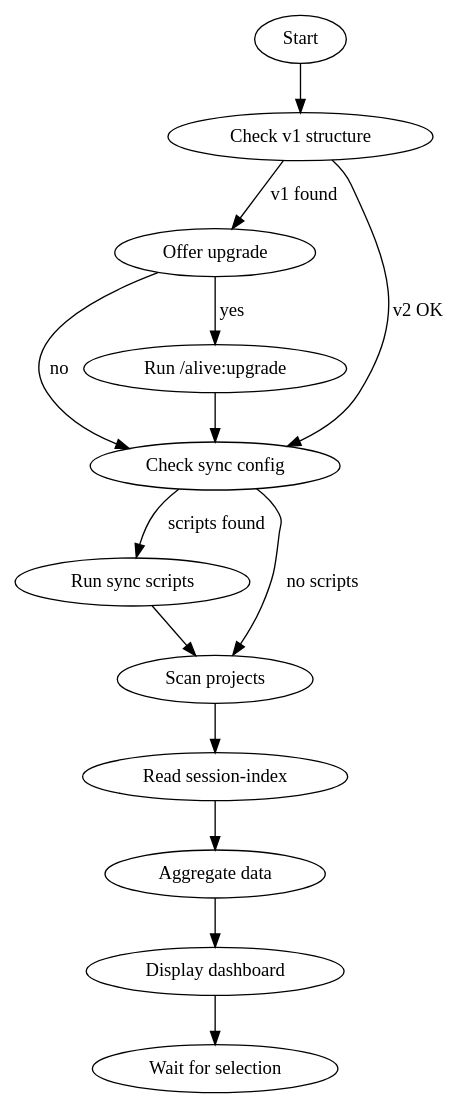
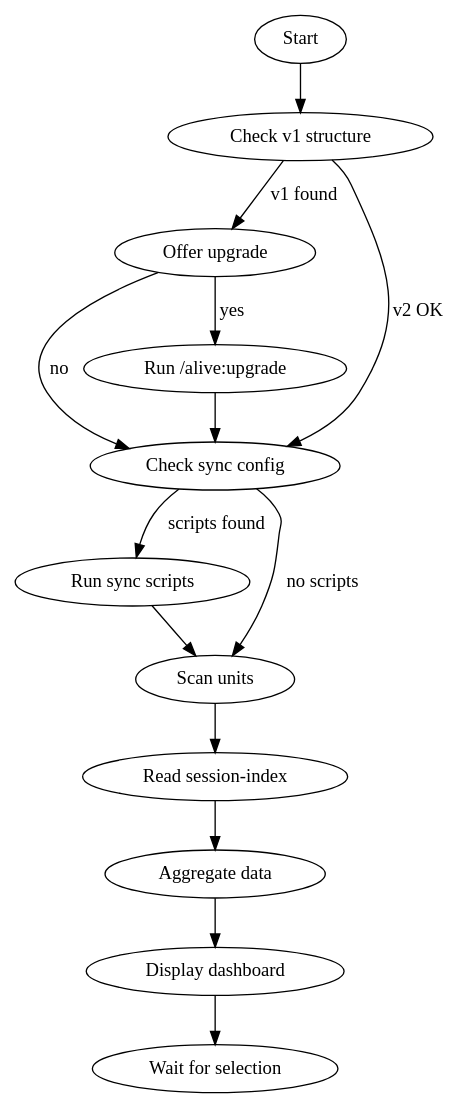
One commit to benslockedin/aliveskills changed the diagram in skills/daily/SKILL.md. Above: the diagram before and after it, drawn with Graphviz. The commit also changed other lines of this file and 35 other files, not shown here.

````diff
--- a/skills/daily/SKILL.md
+++ b/skills/daily/SKILL.md
@@ -100,17 +91,17 @@
 ```dot
 digraph daily_flow {
     "Start" -> "Check v1 structure";
     "Check v1 structure" -> "Offer upgrade" [label="v1 found"];
     "Check v1 structure" -> "Check sync config" [label="v2 OK"];
     "Offer upgrade" -> "Run /alive:upgrade" [label="yes"];
     "Offer upgrade" -> "Check sync config" [label="no"];
     "Run /alive:upgrade" -> "Check sync config";
     "Check sync config" -> "Run sync scripts" [label="scripts found"];
-    "Check sync config" -> "Scan projects" [label="no scripts"];
-    "Run sync scripts" -> "Scan projects";
-    "Scan projects" -> "Read session-index";
+    "Check sync config" -> "Scan units" [label="no scripts"];
+    "Run sync scripts" -> "Scan units";
+    "Scan units" -> "Read session-index";
     "Read session-index" -> "Aggregate data";
     "Aggregate data" -> "Display dashboard";
     "Display dashboard" -> "Wait for selection";
 }
 ```
````
